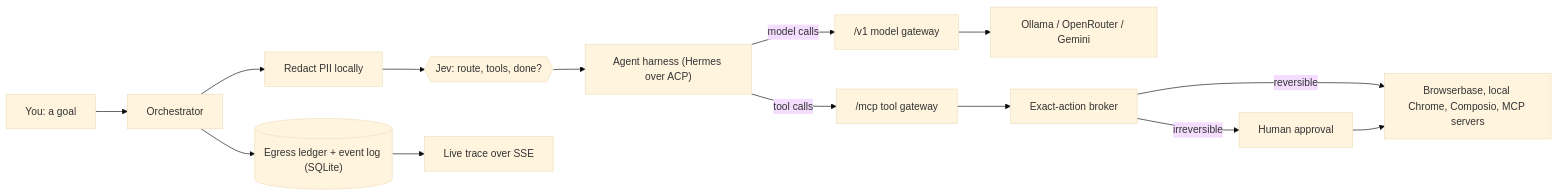
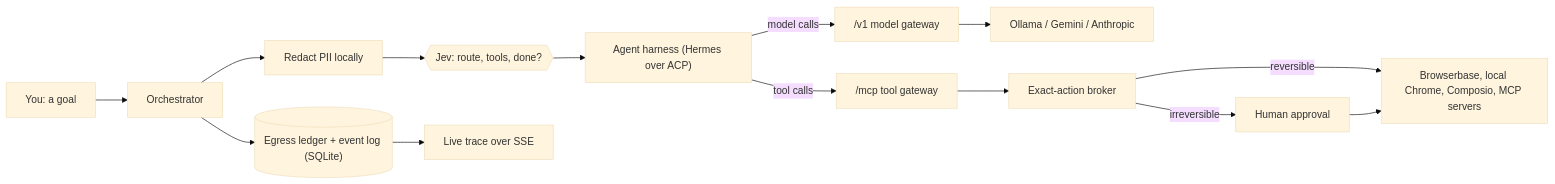
The diagram in README.md (JuanCavallin/HTN-2026), drawn with Mermaid (base theme) before and after one commit. The commit also changed other lines of this file and 41 other files, not shown here.

````diff
--- a/README.md
+++ b/README.md
@@ -59,16 +59,16 @@
 ```mermaid
 flowchart LR
   U["You: a goal"] --> O[Orchestrator]
   O --> R[Redact PII locally]
   R --> J{{"Jev: route, tools, done?"}}
   J --> H["Agent harness (Hermes over ACP)"]
   H -- model calls --> MG["/v1 model gateway"]
   H -- tool calls --> TG["/mcp tool gateway"]
-  MG --> M["Ollama / OpenRouter / Gemini"]
+  MG --> M["Ollama / Gemini / Anthropic"]
   TG --> B[Exact-action broker]
   B -- reversible --> T["Browserbase, local Chrome, Composio, MCP servers"]
   B -- irreversible --> A[Human approval]
   A --> T
   O --> L[("Egress ledger + event log (SQLite)")]
   L --> UI[Live trace over SSE]
 ```
````
